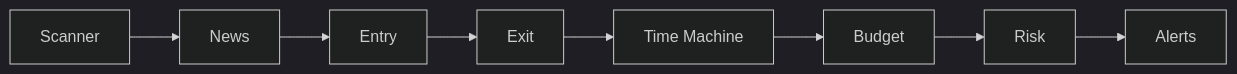
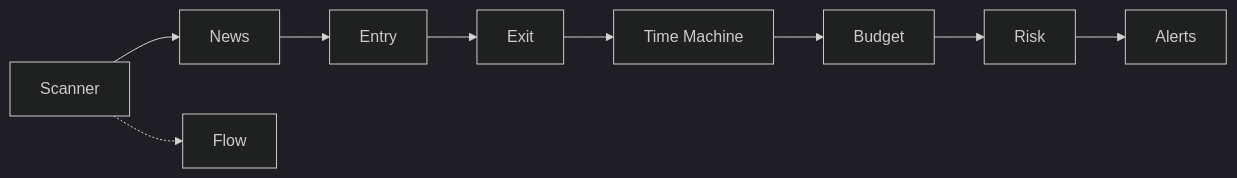
The diagram in README.md (YashikaGupta2407/TradeInsta), drawn with Mermaid (dark theme) before and after one commit. The commit also changed other lines of this file and 10 other files, not shown here.

Commit message:
Add trader-flow skill for NSE bulk and block deals with scanner and Streamlit integration

````diff
--- a/README.md
+++ b/README.md
@@ -13,10 +13,11 @@
 ```mermaid
 flowchart LR
     A[Scanner] --> B[News]
+    A -.-> I[Flow]
     B --> C[Entry]
     C --> D[Exit]
     D --> E[Time Machine]
     E --> F[Budget]
     F --> G[Risk]
     G --> H[Alerts]
 ```
````
